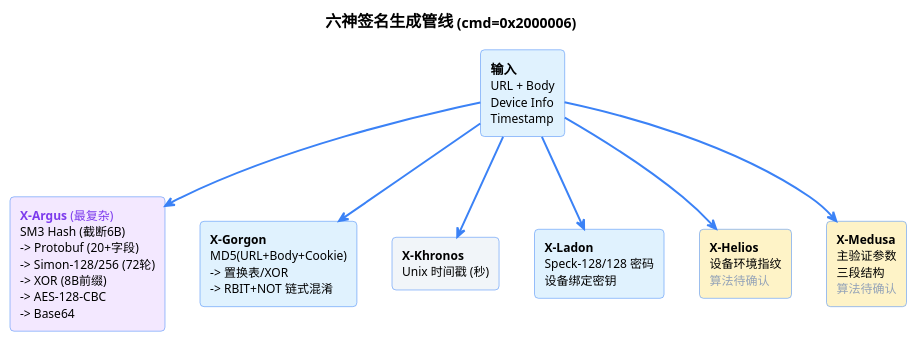
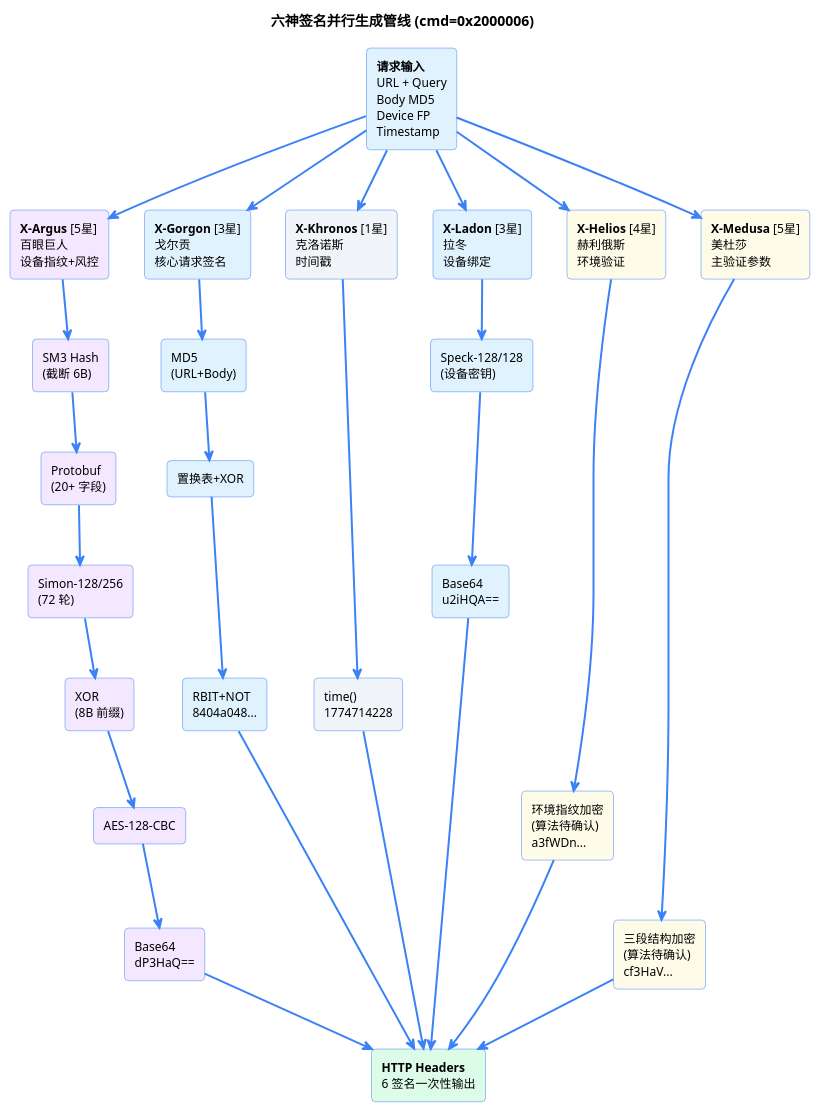
One commit to overkazaf/blogs changed the diagram in static/images/sixgod/signature_pipeline.puml. Above: the diagram before and after it, drawn with PlantUML. The commit also changed 1 other file, not shown here.

Commit message:
Fix six-gods signature pipeline diagram — re-render with local PlantUML
Previous PNG was broken (Graphviz not found → rendered error text instead
of diagram). Rewrote PlantUML source for compatibility with PlantUML
1.2020.02 and re-rendered locally.

The diagram now correctly shows 6 parallel crypto pipelines:
- X-Argus (6 stages: SM3→Protobuf→Simon→XOR→AES→Base64)
- X-Gorgon (3 stages: MD5→permutation+XOR→RBIT+NOT)
- X-Khronos (1 stage: pure timestamp)
- X-Ladon (2 stages: Speck-128/128→Base64)
- X-Helios (TBD algorithm)
- X-Medusa (TBD algorithm)

```diff
--- a/static/images/sixgod/signature_pipeline.puml
+++ b/static/images/sixgod/signature_pipeline.puml
@@ -1,35 +1,78 @@
 @startuml
 skinparam backgroundColor #FFFFFF
-skinparam defaultFontName "Segoe UI,Helvetica,Arial,sans-serif"
+skinparam defaultFontName Helvetica
 skinparam defaultFontSize 12
 skinparam shadowing false
 skinparam roundCorner 8
-skinparam rectangleBackgroundColor #f1f5f9
 skinparam rectangleBorderColor #3b82f6
 skinparam arrowColor #3b82f6
 skinparam arrowThickness 2
 
-title <font size=16><b>六神签名生成管线</b></font> (cmd=0x2000006)
+title 六神签名并行生成管线 (cmd=0x2000006)
 
-rectangle "<font size=13><b>输入</b></font>\nURL + Body\nDevice Info\nTimestamp" as IN #e0f2fe
+rectangle "**请求输入**\nURL + Query\nBody MD5\nDevice FP\nTimestamp" as INPUT #e0f2fe
 
-rectangle "<font color=#7c3aed><b>X-Argus</b> (最复杂)</font>\nSM3 Hash (截断6B)\n-> Protobuf (20+字段)\n-> Simon-128/256 (72轮)\n-> XOR (8B前缀)\n-> AES-128-CBC\n-> Base64" as ARG #f3e8ff
+rectangle "**X-Argus** [5星]\n百眼巨人\n设备指纹+风控" as ARG #f3e8ff
+rectangle "**X-Gorgon** [3星]\n戈尔贡\n核心请求签名" as GOR #e0f2fe
+rectangle "**X-Khronos** [1星]\n克洛诺斯\n时间戳" as KHR #f1f5f9
+rectangle "**X-Ladon** [3星]\n拉冬\n设备绑定" as LAD #e0f2fe
+rectangle "**X-Helios** [4星]\n赫利俄斯\n环境验证" as HEL #fefce8
+rectangle "**X-Medusa** [5星]\n美杜莎\n主验证参数" as MED #fefce8
 
-rectangle "<b>X-Gorgon</b>\nMD5(URL+Body+Cookie)\n-> 置换表/XOR\n-> RBIT+NOT 链式混淆" as GOR #e0f2fe
+rectangle "SM3 Hash\n(截断 6B)" as A1 #f3e8ff
+rectangle "Protobuf\n(20+ 字段)" as A2 #f3e8ff
+rectangle "Simon-128/256\n(72 轮)" as A3 #f3e8ff
+rectangle "XOR\n(8B 前缀)" as A4 #f3e8ff
+rectangle "AES-128-CBC" as A5 #f3e8ff
+rectangle "Base64\ndP3HaQ==" as A6 #f3e8ff
 
-rectangle "<b>X-Khronos</b>\nUnix 时间戳 (秒)" as KHR #f1f5f9
+rectangle "MD5\n(URL+Body)" as G1 #e0f2fe
+rectangle "置换表+XOR" as G2 #e0f2fe
+rectangle "RBIT+NOT\n8404a048..." as G3 #e0f2fe
 
-rectangle "<b>X-Ladon</b>\nSpeck-128/128 密码\n设备绑定密钥" as LAD #e0f2fe
+rectangle "time()\n1774714228" as K1 #f1f5f9
 
-rectangle "<b>X-Helios</b>\n设备环境指纹\n<font color=#94a3b8>算法待确认</font>" as HEL #fef3c7
+rectangle "Speck-128/128\n(设备密钥)" as L1 #e0f2fe
+rectangle "Base64\nu2iHQA==" as L2 #e0f2fe
 
-rectangle "<b>X-Medusa</b>\n主验证参数\n三段结构\n<font color=#94a3b8>算法待确认</font>" as MED #fef3c7
+rectangle "环境指纹加密\n(算法待确认)\na3fWDn..." as H1 #fefce8
 
-IN --> ARG
-IN --> GOR
-IN --> KHR
-IN --> LAD
-IN --> HEL
-IN --> MED
+rectangle "三段结构加密\n(算法待确认)\ncf3HaV..." as M1 #fefce8
+
+rectangle "**HTTP Headers**\n6 签名一次性输出" as OUTPUT #dcfce7
+
+INPUT --> ARG
+INPUT --> GOR
+INPUT --> KHR
+INPUT --> LAD
+INPUT --> HEL
+INPUT --> MED
+
+ARG --> A1
+A1 --> A2
+A2 --> A3
+A3 --> A4
+A4 --> A5
+A5 --> A6
+
+GOR --> G1
+G1 --> G2
+G2 --> G3
+
+KHR --> K1
+
+LAD --> L1
+L1 --> L2
+
+HEL --> H1
+
+MED --> M1
+
+A6 --> OUTPUT
+G3 --> OUTPUT
+K1 --> OUTPUT
+L2 --> OUTPUT
+H1 --> OUTPUT
+M1 --> OUTPUT
 
 @enduml
```
